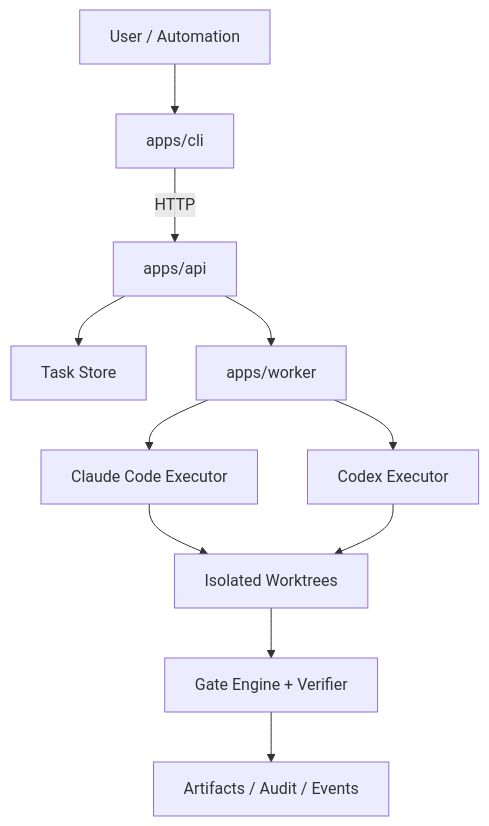
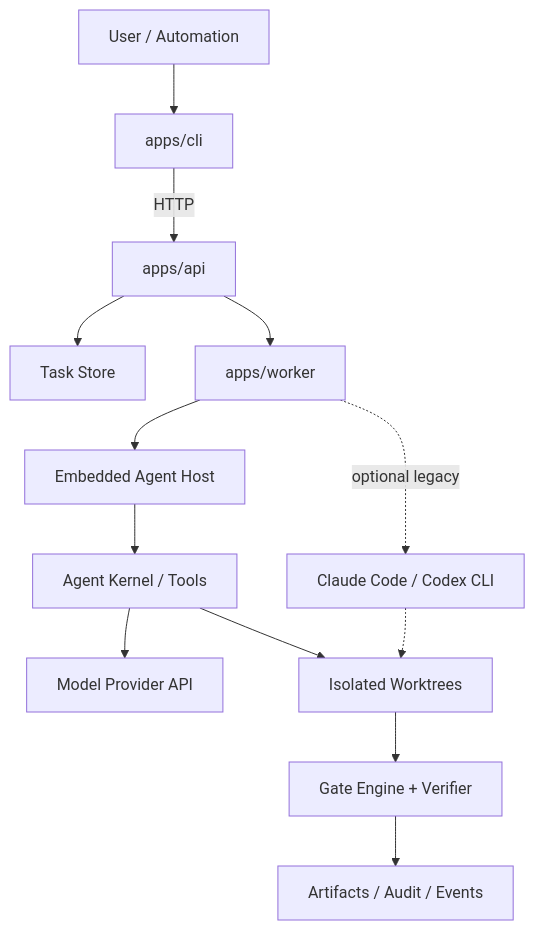
One commit to muniu-ai/muniu changed the first of 2 diagrams in docs/TECHNICAL_DESIGN.md. Above: the diagram before and after it, drawn with Mermaid. The commit also changed other lines of this file and 15 other files, not shown here.

Commit message:
docs: document embedded agent independence

````diff
--- a/docs/TECHNICAL_DESIGN.md
+++ b/docs/TECHNICAL_DESIGN.md
@@ -25,13 +25,15 @@
 ```mermaid
 flowchart TD
   user["User / Automation"] --> cli["apps/cli"]
   cli -- "HTTP" --> api["apps/api"]
   api --> store["Task Store"]
   api --> worker["apps/worker"]
-  worker --> claude["Claude Code Executor"]
-  worker --> codex["Codex Executor"]
-  claude --> worktrees["Isolated Worktrees"]
-  codex --> worktrees
+  worker --> host["Embedded Agent Host"]
+  host --> kernel["Agent Kernel / Tools"]
+  kernel --> model["Model Provider API"]
+  kernel --> worktrees["Isolated Worktrees"]
+  worker -.->|optional legacy| legacy["Claude Code / Codex CLI"]
+  legacy -.-> worktrees
   worktrees --> gates["Gate Engine + Verifier"]
   gates --> audit["Artifacts / Audit / Events"]
 ```
````
